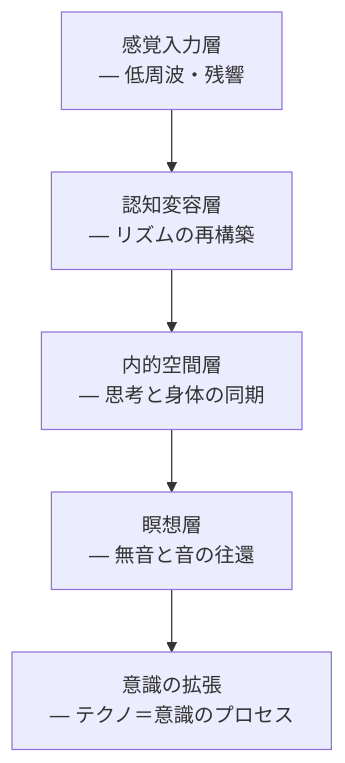
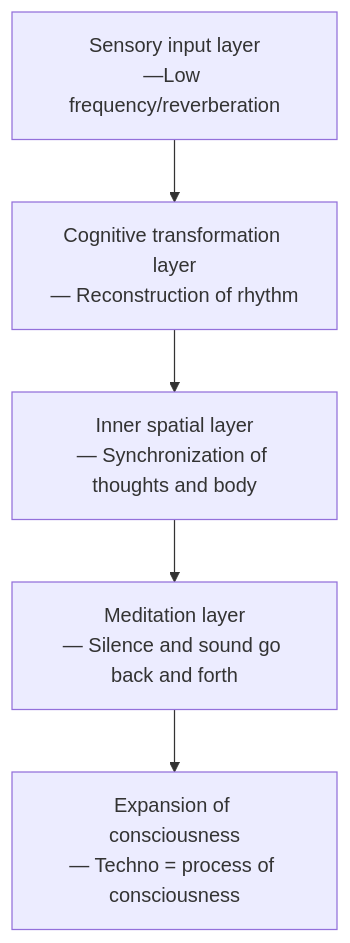
The fifth of 7 diagrams in en/_posts/2025-10-24-column-plastikman-richie-hawtin.md (monumental-movement/monumental-movement.github.io), drawn with Mermaid before and after one commit. The commit also changed other lines of this file and 152 other files, not shown here.

```diff
--- a/en/_posts/2025-10-24-column-plastikman-richie-hawtin.md
+++ b/en/_posts/2025-10-24-column-plastikman-richie-hawtin.md
@@ -246,9 +246,9 @@
 <div class="mermaid">
 
 flowchart TD
-    A[感覚入力層<br>— 低周波・残響] --> B[認知変容層<br>— リズムの再構築]
-    B --> C[内的空間層<br>— 思考と身体の同期]
-    C --> D[瞑想層<br>— 無音と音の往還]
-    D --> E[意識の拡張<br>— テクノ＝意識のプロセス]
+    A[Sensory input layer<br>—Low frequency/reverberation] --> B[Cognitive transformation layer<br>— Reconstruction of rhythm]
+    B --> C[Inner spatial layer<br>— Synchronization of thoughts and body]
+    C --> D[Meditation layer<br>— Silence and sound go back and forth]
+    D --> E[Expansion of consciousness<br>— Techno = process of consciousness]
 
 </div>
```
